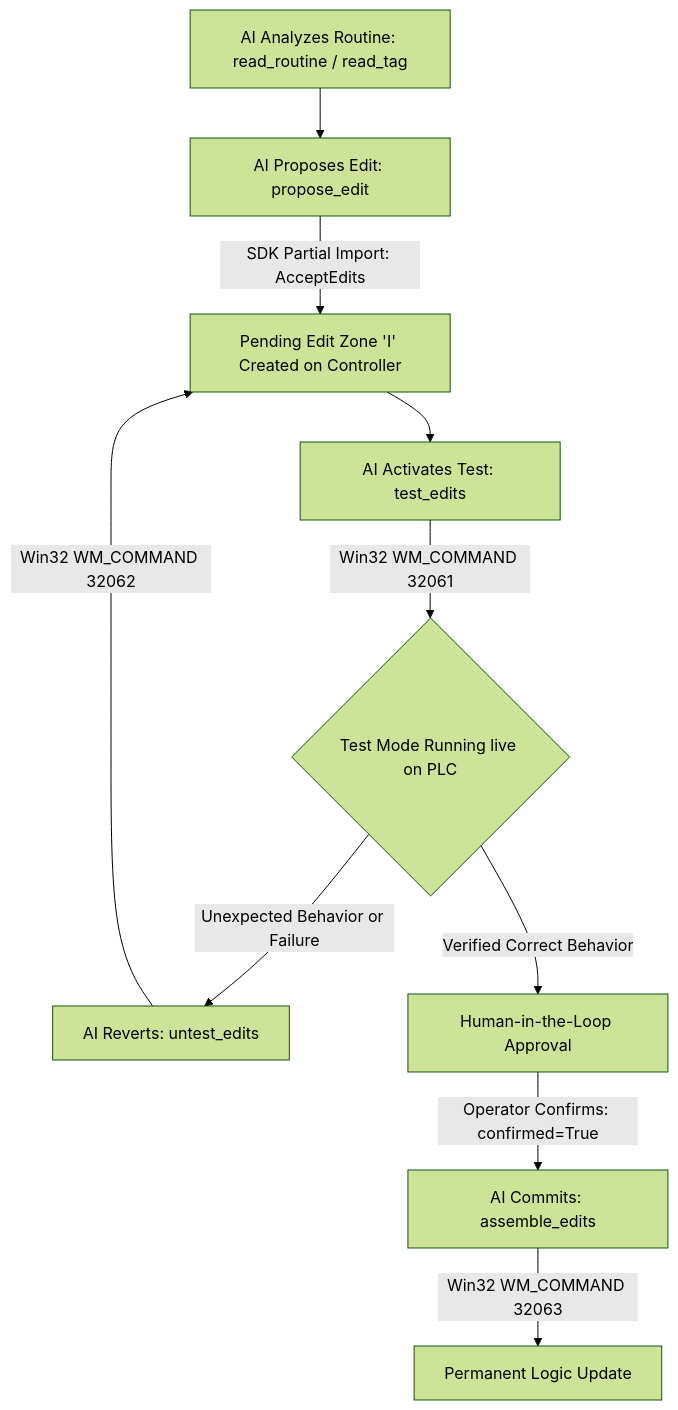
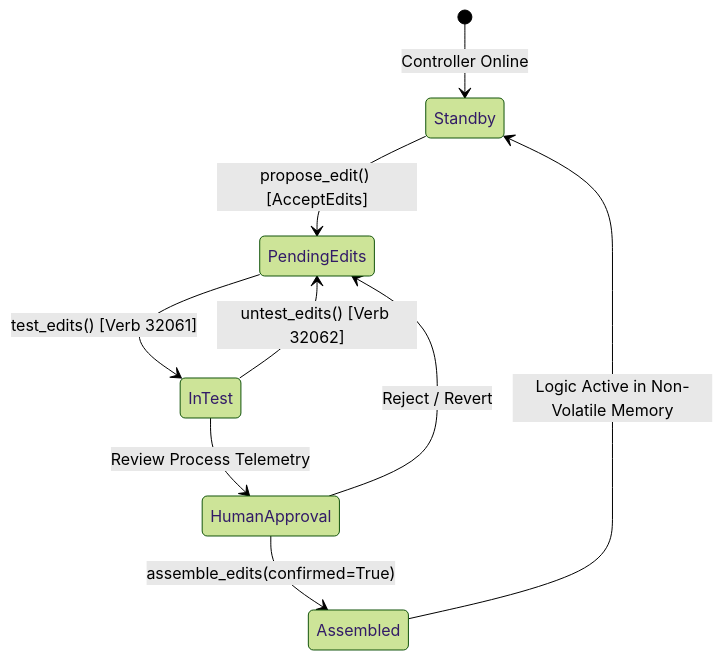
One commit to krusailor44-afk/Studio5000-MCP changed the second of 2 diagrams in README.md. Above: the diagram before and after it, drawn with Mermaid (forest theme). The commit also changed other lines of this file and 6 other files, not shown here.

````diff
--- a/README.md
+++ b/README.md
@@ -17,12 +70,11 @@
 ```mermaid
-flowchart TD
-    A[AI Analyzes Routine: read_routine / read_tag] --> B[AI Proposes Edit: propose_edit]
-    B -->|SDK Partial Import: AcceptEdits| C[Pending Edit Zone 'I' Created on Controller]
-    C --> D[AI Activates Test: test_edits]
-    D -->|Win32 WM_COMMAND 32061| E{Test Mode Running live on PLC}
-    E -->|Unexpected Behavior or Failure| F[AI Reverts: untest_edits]
-    F -->|Win32 WM_COMMAND 32062| C
-    E -->|Verified Correct Behavior| G[Human-in-the-Loop Approval]
-    G -->|Operator Confirms: confirmed=True| H[AI Commits: assemble_edits]
-    H -->|Win32 WM_COMMAND 32063| I[Permanent Logic Update]
+stateDiagram-v2
+    [*] --> Standby: Controller Online
+    Standby --> PendingEdits: propose_edit() [AcceptEdits]
+    PendingEdits --> InTest: test_edits() [Verb 32061]
+    InTest --> PendingEdits: untest_edits() [Verb 32062]
+    InTest --> HumanApproval: Review Process Telemetry
+    HumanApproval --> Assembled: assemble_edits(confirmed=True)
+    HumanApproval --> PendingEdits: Reject / Revert
+    Assembled --> Standby: Logic Active in Non-Volatile Memory
 ```
````
